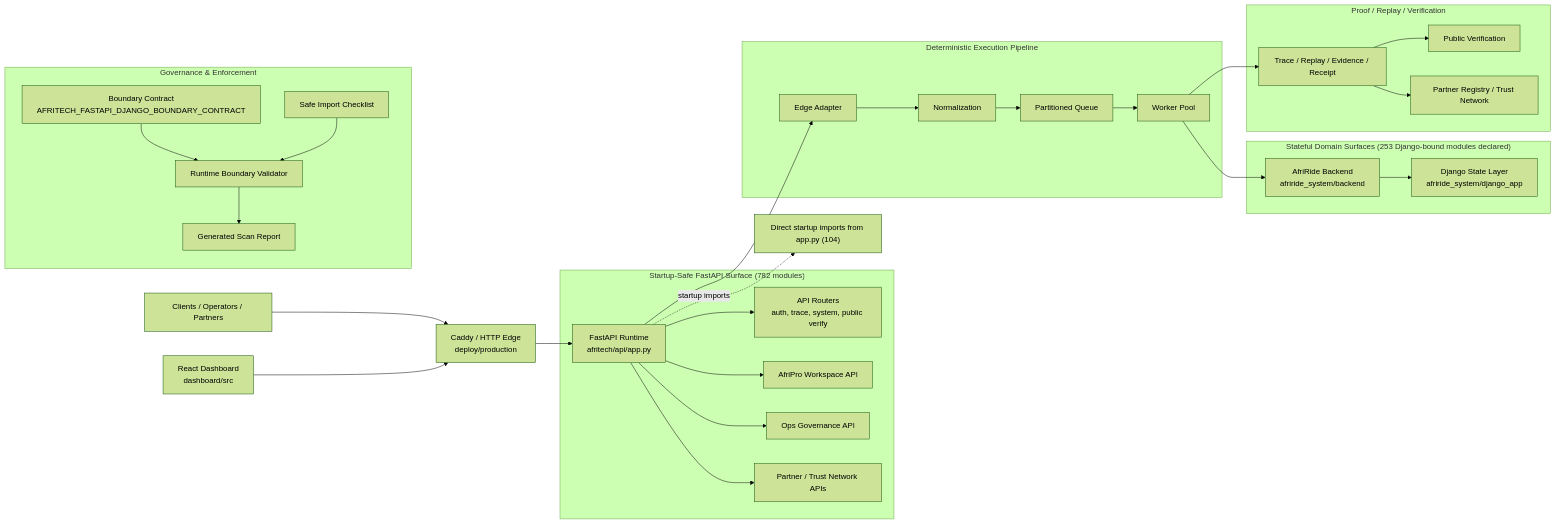
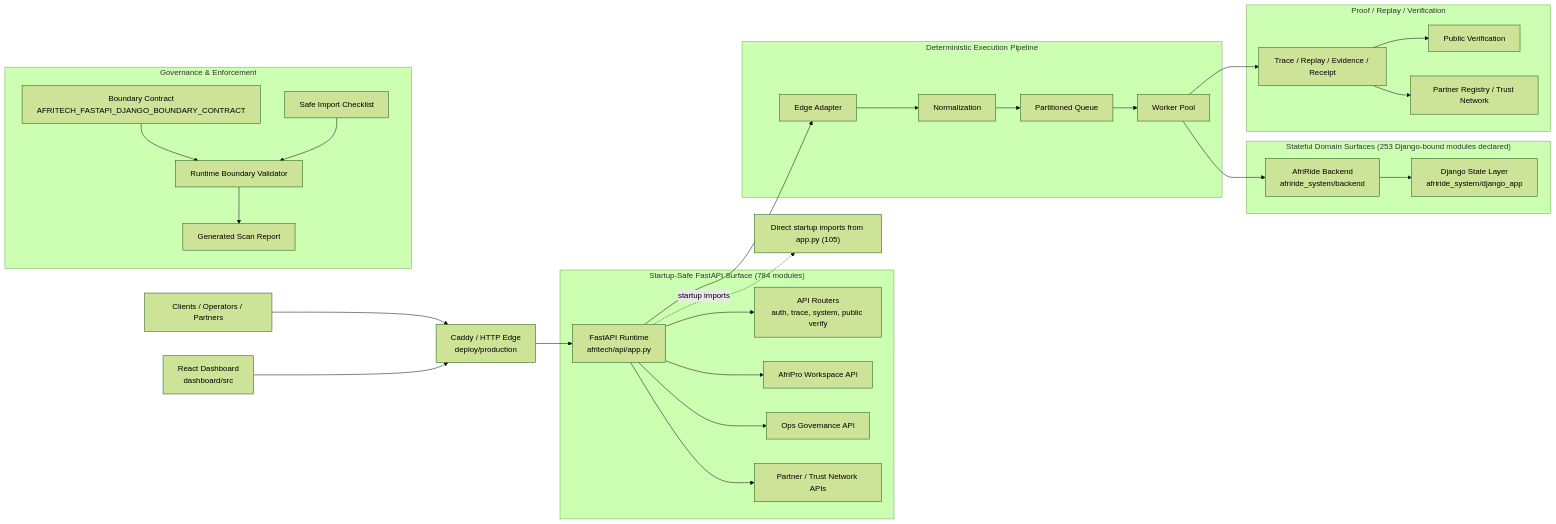
Before and after one commit to Strelly2023/afritelematics: the first of 2 diagrams in docs/architecture/AFRITECH_FULL_ARCHITECTURE_GRAPH.md, drawn with Mermaid (forest theme). The commit also changed other lines of this file and 26 other files, not shown here.

````diff
--- a/docs/architecture/AFRITECH_FULL_ARCHITECTURE_GRAPH.md
+++ b/docs/architecture/AFRITECH_FULL_ARCHITECTURE_GRAPH.md
@@ -22,39 +22,39 @@
 ```mermaid
 flowchart LR
     Client["Clients / Operators / Partners"] --> Edge["Caddy / HTTP Edge\ndeploy/production"]
     Dashboard["React Dashboard\ndashboard/src"] --> Edge
     Edge --> App["FastAPI Runtime\nafritech/api/app.py"]
 
-    subgraph FastAPI["Startup-Safe FastAPI Surface (782 modules)"]
+    subgraph FastAPI["Startup-Safe FastAPI Surface (784 modules)"]
         App --> Api["API Routers\nauth, trace, system, public verify"]
         App --> Workspace["AfriPro Workspace API"]
         App --> Governance["Ops Governance API"]
         App --> Trust["Partner / Trust Network APIs"]
     end
 
     subgraph Pipeline["Deterministic Execution Pipeline"]
         App --> Adapt["Edge Adapter"]
         Adapt --> Normalize["Normalization"]
         Normalize --> Queue["Partitioned Queue"]
         Queue --> Worker["Worker Pool"]
     end
 
     subgraph State["Stateful Domain Surfaces (253 Django-bound modules declared)"]
         Worker --> Domain["AfriRide Backend\nafriride_system/backend"]
         Domain --> Django["Django State Layer\nafriride_system/django_app"]
     end
 
     subgraph Proof["Proof / Replay / Verification"]
         Worker --> Trace["Trace / Replay / Evidence / Receipt"]
         Trace --> Public["Public Verification"]
         Trace --> Registry["Partner Registry / Trust Network"]
     end
 
     subgraph GovernancePlane["Governance & Enforcement"]
         Contract["Boundary Contract\nAFRITECH_FASTAPI_DJANGO_BOUNDARY_CONTRACT"] --> Validator["Runtime Boundary Validator"]
         Checklist["Safe Import Checklist"] --> Validator
         Validator --> Review["Generated Scan Report"]
     end
 
-    App -. startup imports .-> Imports["Direct startup imports from app.py (104)"]
+    App -. startup imports .-> Imports["Direct startup imports from app.py (105)"]
 ```
````
